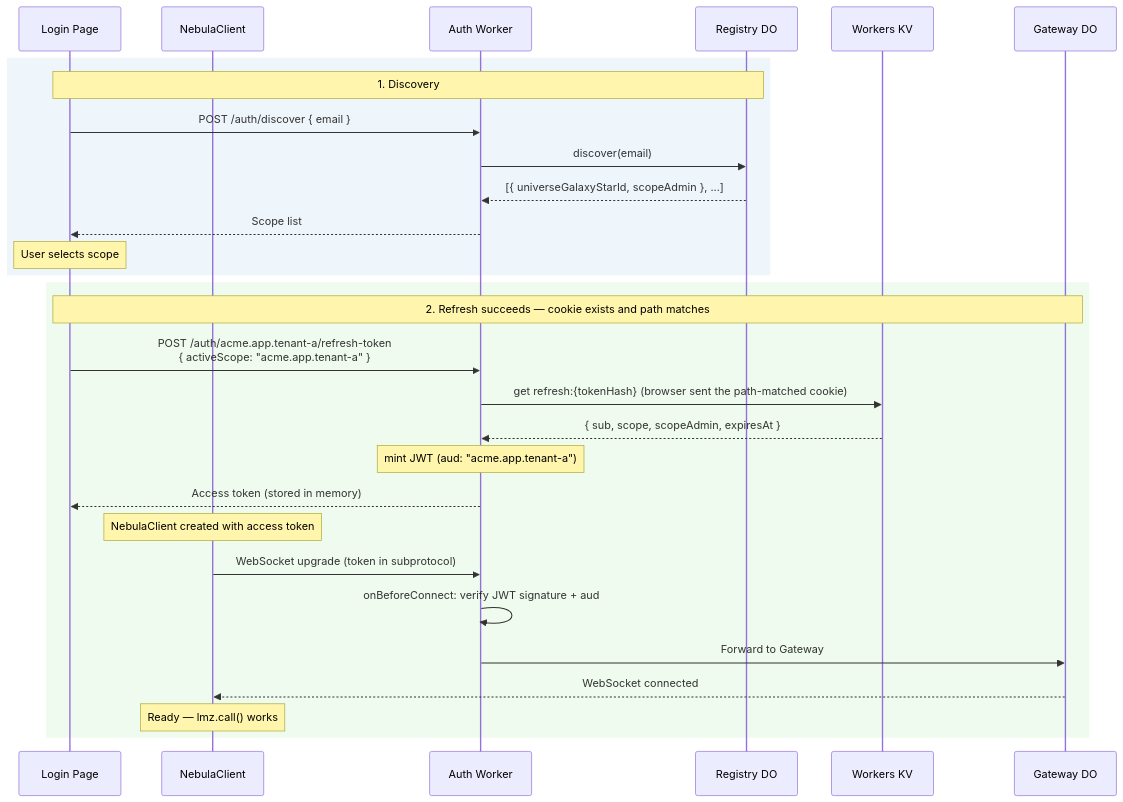
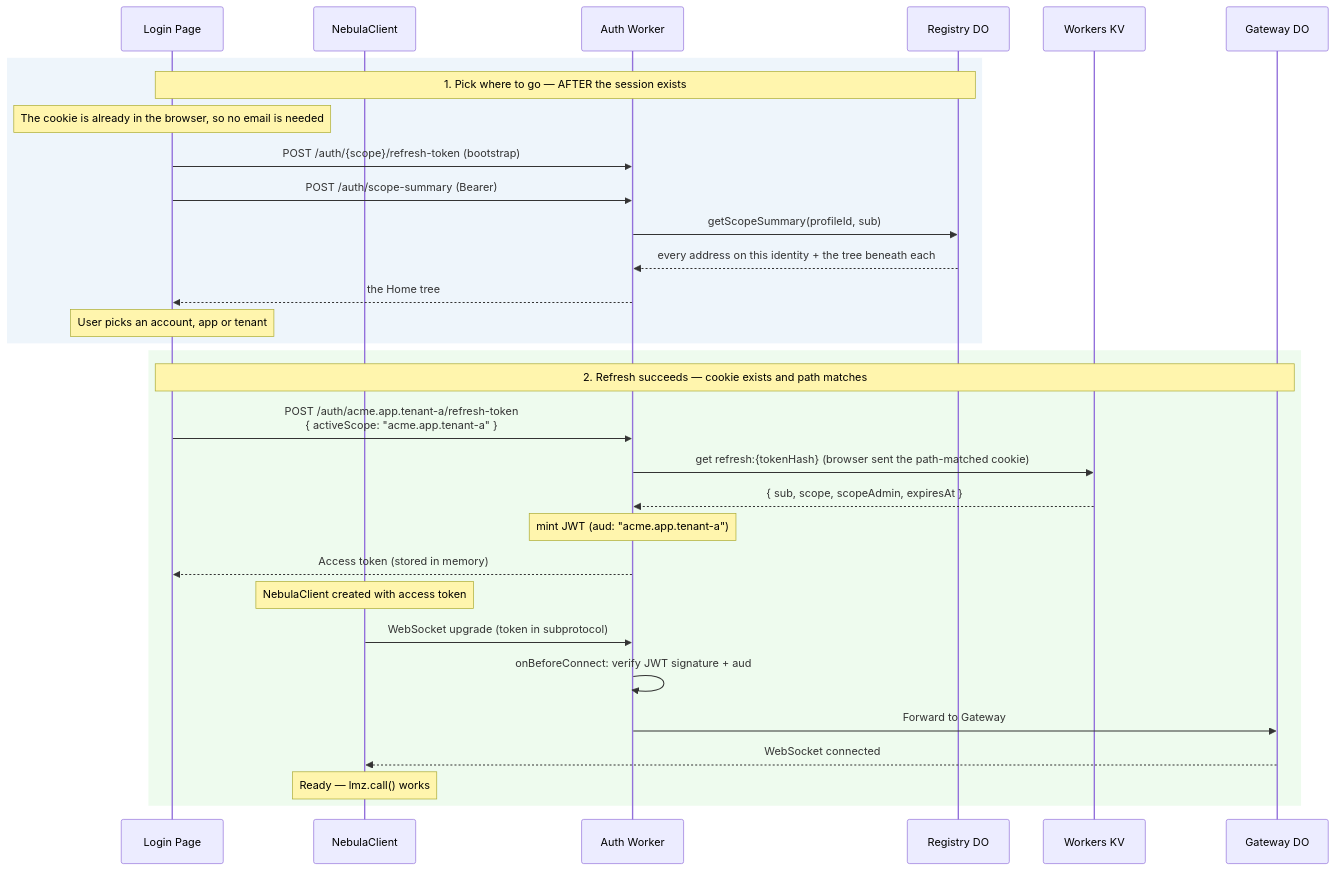
The second of 6 diagrams in website/docs/nebula/auth-flows.md (lumenize/lumenize), drawn with Mermaid before and after one commit. The commit also changed other lines of this file and 5 other files, not shown here.

First line of the commit message:
docs(nebula-auth): the docs stop describing a login order that no longer exists

````diff
--- a/website/docs/nebula/auth-flows.md
+++ b/website/docs/nebula/auth-flows.md
@@ -102,33 +107,35 @@
 ```mermaid
 sequenceDiagram
     participant UI as Login Page
     participant NC as NebulaClient
     participant W as Auth Worker
     participant R as Registry DO
     participant KV as Workers KV
     participant GW as Gateway DO
 
     rect rgba(200, 220, 240, 0.3)
-        Note over UI,R: 1. Discovery
-        UI->>W: POST /auth/discover { email }
-        W->>R: discover(email)
-        R-->>W: [{ universeGalaxyStarId, scopeAdmin }, ...]
-        W-->>UI: Scope list
-        Note over UI: User selects scope
+        Note over UI,R: 1. Pick where to go — AFTER the session exists
+        Note over UI: The cookie is already in the browser, so no email is needed
+        UI->>W: POST /auth/{scope}/refresh-token (bootstrap)
+        UI->>W: POST /auth/scope-summary (Bearer)
+        W->>R: getScopeSummary(profileId, sub)
+        R-->>W: every address on this identity + the tree beneath each
+        W-->>UI: the Home tree
+        Note over UI: User picks an account, app or tenant
     end
 
     rect rgba(200, 240, 200, 0.3)
         Note over UI,GW: 2. Refresh succeeds — cookie exists and path matches
         UI->>W: POST /auth/acme.app.tenant-a/refresh-token<br/>{ activeScope: "acme.app.tenant-a" }
         W->>KV: get refresh:{tokenHash} (browser sent the path-matched cookie)
         KV-->>W: { sub, scope, scopeAdmin, expiresAt }
         Note over W: mint JWT (aud: "acme.app.tenant-a")
         W-->>UI: Access token (stored in memory)
         Note over NC: NebulaClient created with access token
         NC->>W: WebSocket upgrade (token in subprotocol)
         W->>W: onBeforeConnect: verify JWT signature + aud
         W->>GW: Forward to Gateway
         GW-->>NC: WebSocket connected
         Note over NC: Ready — lmz.call() works
     end
 ```
````
